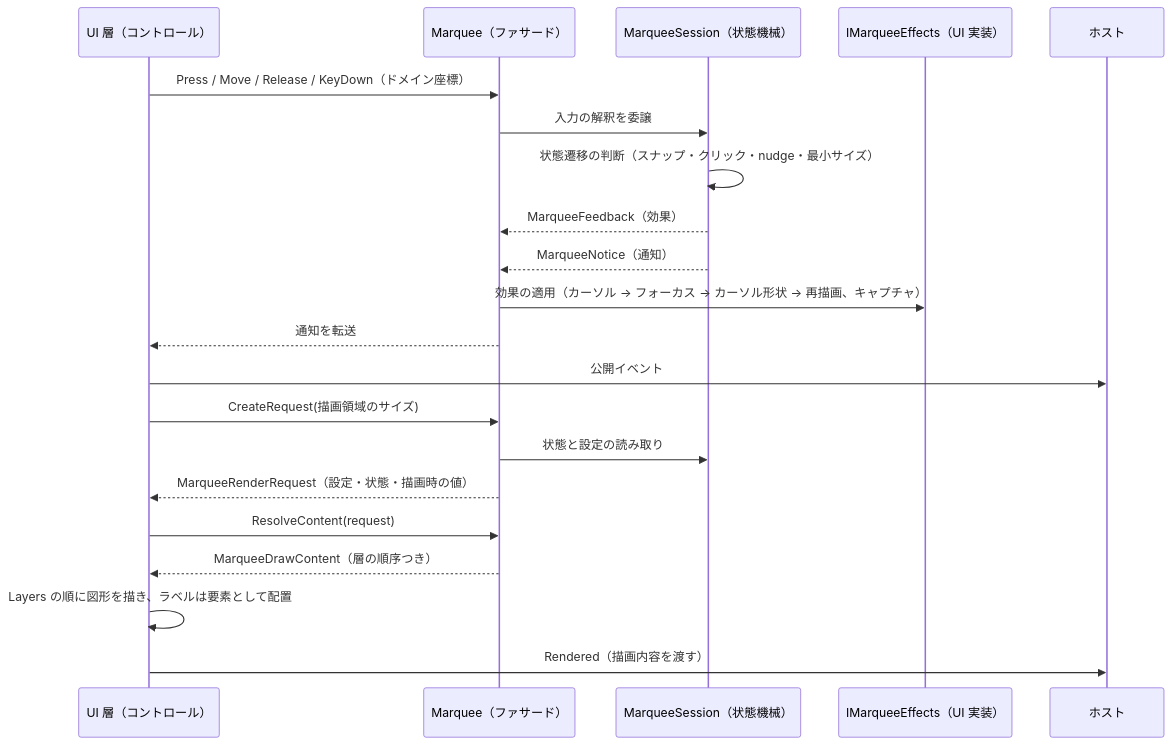
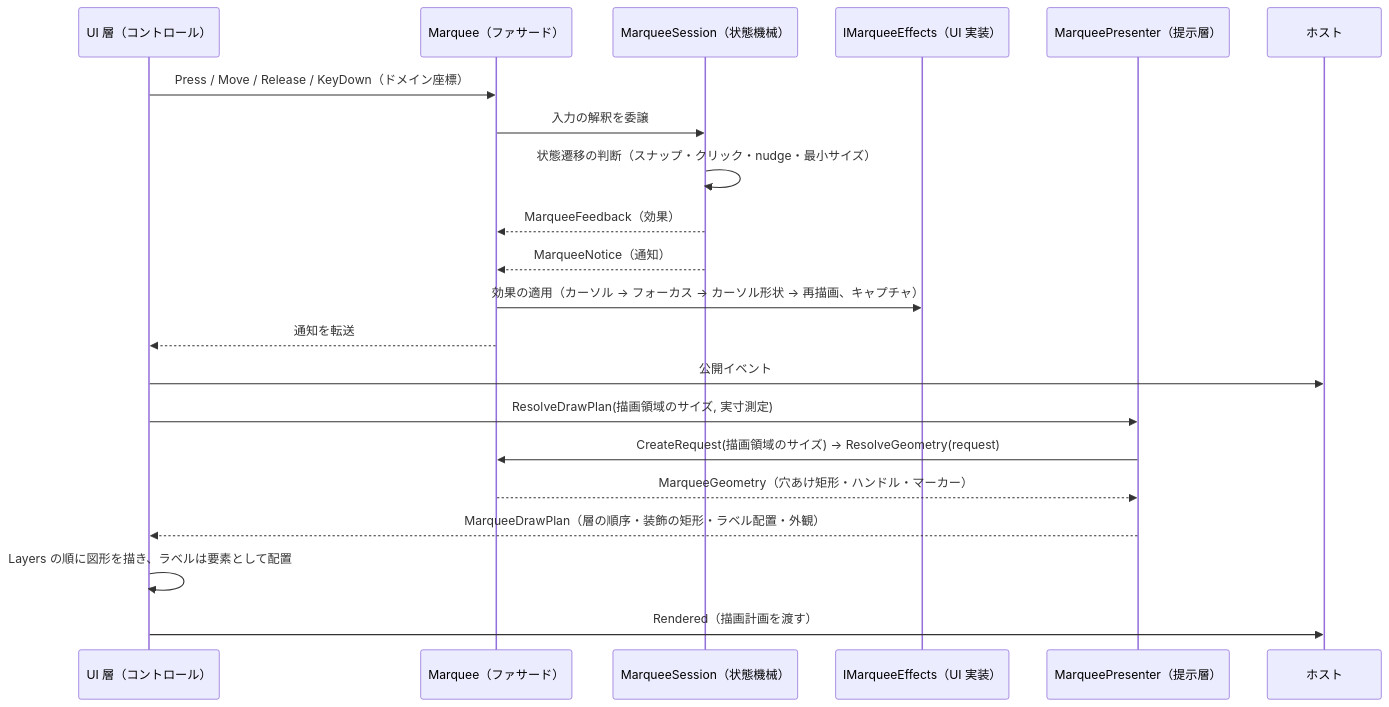
One commit to tomokuni/SaveEvidence changed the first of 2 diagrams in src/Feature.Marquee.Core/SPEC_System.md. Above: the diagram before and after it, drawn with Mermaid. The commit also changed other lines of this file and 1 other file, not shown here.

````diff
--- a/src/Feature.Marquee.Core/SPEC_System.md
+++ b/src/Feature.Marquee.Core/SPEC_System.md
@@ -48,24 +47,24 @@
 ```mermaid
 sequenceDiagram
     participant UI as UI 層（コントロール）
     participant M as Marquee（ファサード）
     participant S as MarqueeSession（状態機械）
     participant E as IMarqueeEffects（UI 実装）
+    participant P as MarqueePresenter（提示層）
     participant H as ホスト
 
     UI->>M: Press / Move / Release / KeyDown（ドメイン座標）
     M->>S: 入力の解釈を委譲
     S->>S: 状態遷移の判断（スナップ・クリック・nudge・最小サイズ）
     S-->>M: MarqueeFeedback（効果）
     S-->>M: MarqueeNotice（通知）
     M->>E: 効果の適用（カーソル → フォーカス → カーソル形状 → 再描画、キャプチャ）
     M-->>UI: 通知を転送
     UI->>H: 公開イベント
-    UI->>M: CreateRequest(描画領域のサイズ)
-    M->>S: 状態と設定の読み取り
-    M-->>UI: MarqueeRenderRequest（設定・状態・描画時の値）
-    UI->>M: ResolveContent(request)
-    M-->>UI: MarqueeDrawContent（層の順序つき）
+    UI->>P: ResolveDrawPlan(描画領域のサイズ, 実寸測定)
+    P->>M: CreateRequest(描画領域のサイズ) → ResolveGeometry(request)
+    M-->>P: MarqueeGeometry（穴あけ矩形・ハンドル・マーカー）
+    P-->>UI: MarqueeDrawPlan（層の順序・装飾の矩形・ラベル配置・外観）
     UI->>UI: Layers の順に図形を描き、ラベルは要素として配置
-    UI->>H: Rendered（描画内容を渡す）
+    UI->>H: Rendered（描画計画を渡す）
 ```
````
